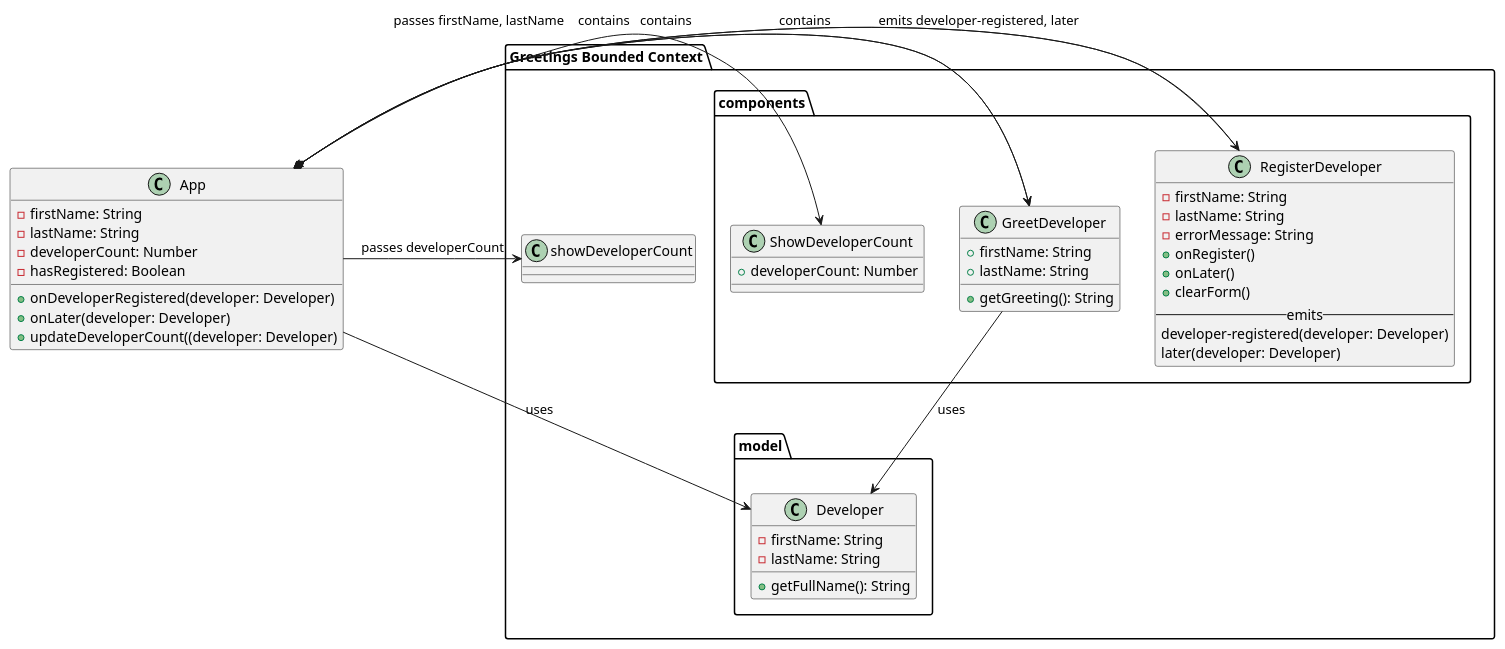
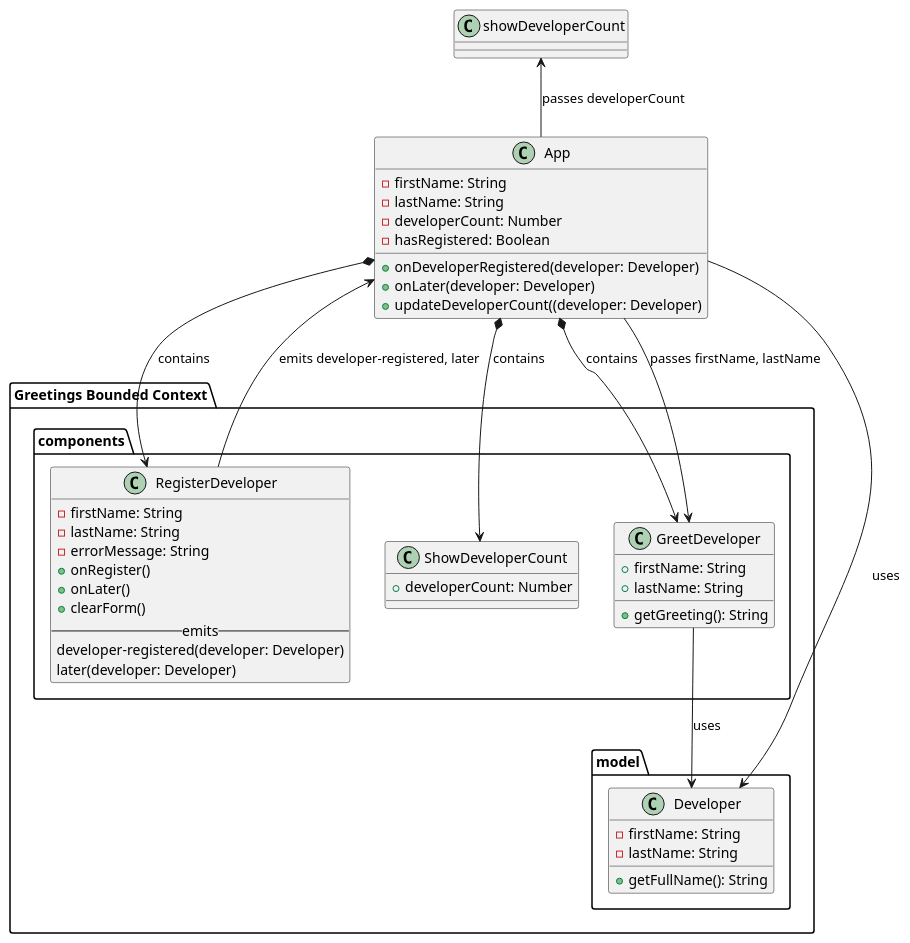
The diagram in docs/class-diagram.puml (UPC-Skylar/hello-vue-developer), drawn with PlantUML before and after one commit.

Commit message:
docs: update readme content.

```diff
--- a/docs/class-diagram.puml
+++ b/docs/class-diagram.puml
@@ -1,50 +1,51 @@
 @startuml Hello Vue Developer Class Diagram
 class App {
 -firstName: String
 -lastName: String
 -developerCount: Number
 -hasRegistered: Boolean
 +onDeveloperRegistered(developer: Developer)
 +onLater(developer: Developer)
 +updateDeveloperCount((developer: Developer)
 }
 
 package "Greetings Bounded Context" {
  package "model" {
     class Developer {
      -firstName: String
      -lastName: String
      +getFullName(): String
     }
  }
  package "components" {
  class RegisterDeveloper {
     -firstName: String
     -lastName: String
     -errorMessage: String
     +onRegister()
     +onLater()
     +clearForm()
     -- emits --
     developer-registered(developer: Developer)
     later(developer: Developer)
  }
  class GreetDeveloper{
  +firstName: String
  +lastName: String
  +getGreeting(): String
  }
  class ShowDeveloperCount {
  +developerCount: Number
  }
  }
+ }
  'Relationships'
  App *-down-> RegisterDeveloper : contains
  App *-down-> GreetDeveloper : contains
  App *-down-> ShowDeveloperCount : contains
  RegisterDeveloper --> App : emits developer-registered, later
  GreetDeveloper --> Developer : uses
  App --> Developer: uses
  GreetDeveloper <-- App : passes firstName, lastName
  showDeveloperCount <-- App : passes developerCount
 @enduml
```
